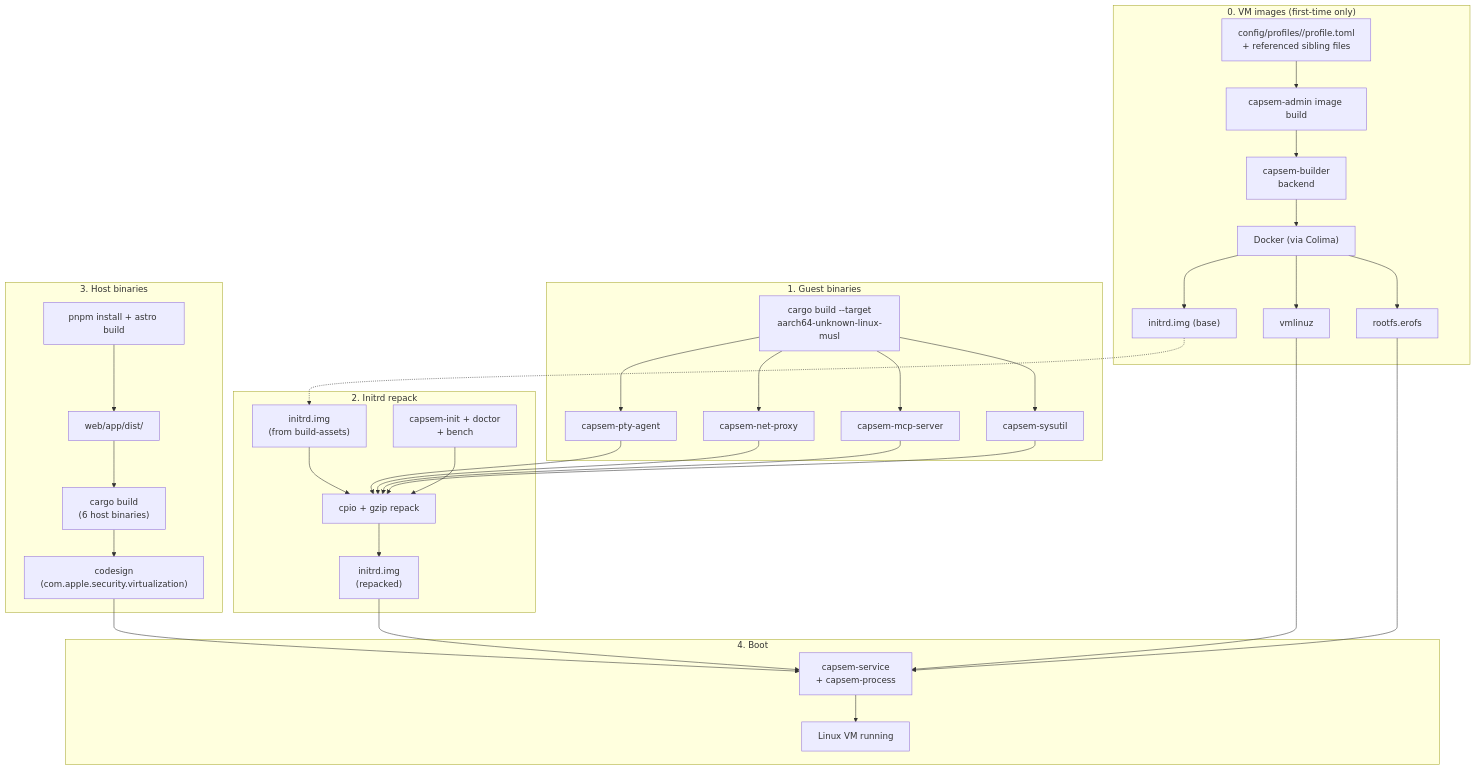
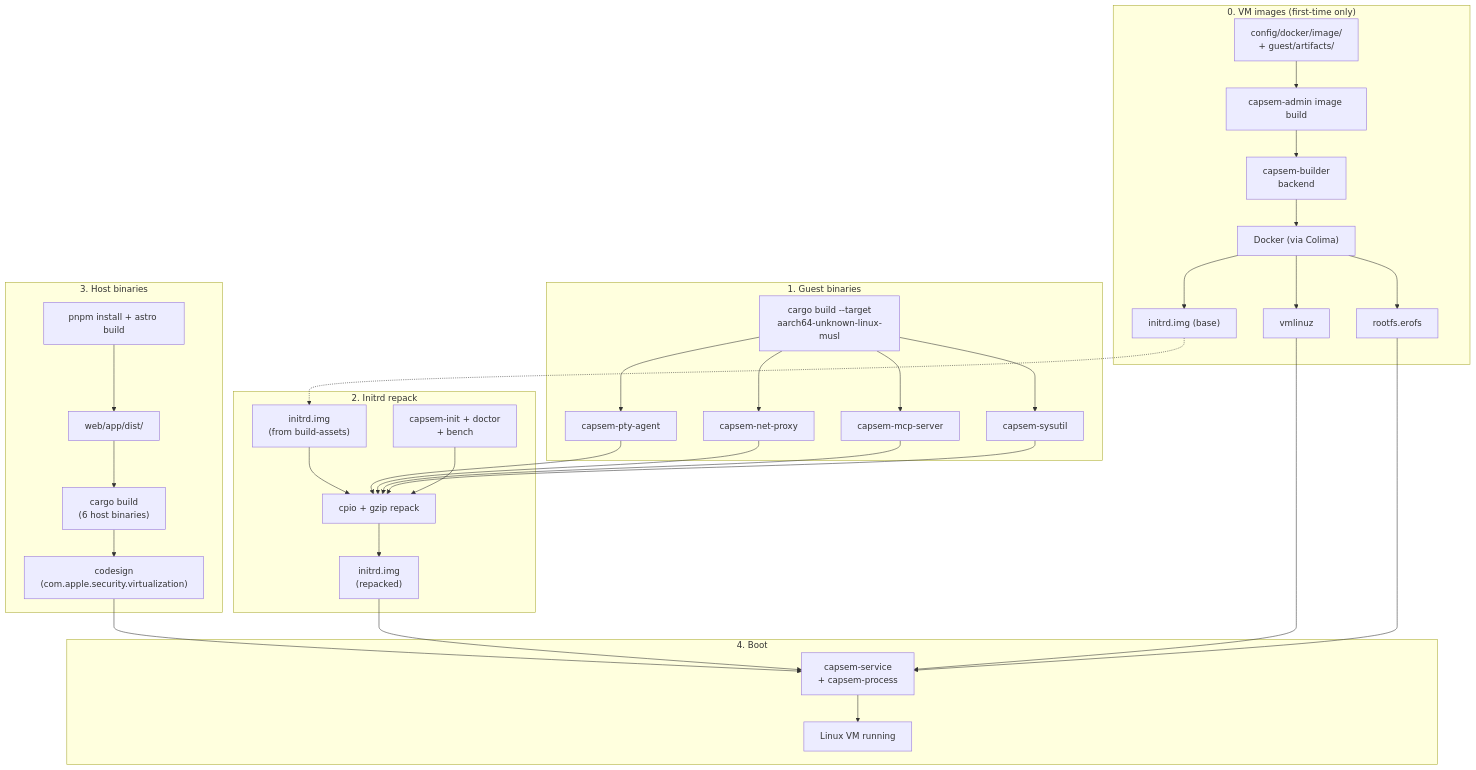
The first of 2 diagrams in web/docs/src/content/docs/development/stack.md (google/capsem), drawn with Mermaid before and after one commit. The commit also changed other lines of this file and 51 other files, not shown here.

````diff
--- a/web/docs/src/content/docs/development/stack.md
+++ b/web/docs/src/content/docs/development/stack.md
@@ -12,50 +12,50 @@
 ```mermaid
 flowchart TD
     subgraph stage1["1. Guest binaries"]
         CARGO_CROSS["cargo build --target\naarch64-unknown-linux-musl"]
         AGENT["capsem-pty-agent"]
         NETPROXY["capsem-net-proxy"]
         MCP["capsem-mcp-server"]
         SYSUTIL["capsem-sysutil"]
         CARGO_CROSS --> AGENT & NETPROXY & MCP & SYSUTIL
     end
 
     subgraph stage2["2. Initrd repack"]
         INITRD_IN["initrd.img\n(from build-assets)"]
         SCRIPTS["capsem-init + doctor\n+ bench"]
         REPACK["cpio + gzip repack"]
         INITRD_IN --> REPACK
         AGENT & NETPROXY & MCP & SYSUTIL --> REPACK
         SCRIPTS --> REPACK
         REPACK --> INITRD_OUT["initrd.img\n(repacked)"]
     end
 
     subgraph stage3["3. Host binaries"]
         PNPM["pnpm install + astro build"]
         DIST["web/app/dist/"]
         CARGO_HOST["cargo build\n(6 host binaries)"]
         PNPM --> DIST --> CARGO_HOST
         CARGO_HOST --> SIGN["codesign\n(com.apple.security.virtualization)"]
     end
 
     subgraph stage0["0. VM images (first-time only)"]
-        PROFILE["config/profiles/<id>/profile.toml\n+ referenced sibling files"]
+        IMAGE["config/docker/image/\n+ guest/artifacts/"]
         ADMIN["capsem-admin image build"]
         BUILDER["capsem-builder\nbackend"]
         DOCKER["Docker (via Colima)"]
-        PROFILE --> ADMIN --> BUILDER --> DOCKER
+        IMAGE --> ADMIN --> BUILDER --> DOCKER
         DOCKER --> VMLINUZ["vmlinuz"]
         DOCKER --> ROOTFS["rootfs.erofs"]
         DOCKER --> INITRD_BASE["initrd.img (base)"]
     end
 
     INITRD_BASE -.-> INITRD_IN
 
     subgraph stage4["4. Boot"]
         SIGN --> BOOT["capsem-service\n+ capsem-process"]
         INITRD_OUT --> BOOT
         VMLINUZ --> BOOT
         ROOTFS --> BOOT
         BOOT --> VM["Linux VM running"]
     end
 ```
````
